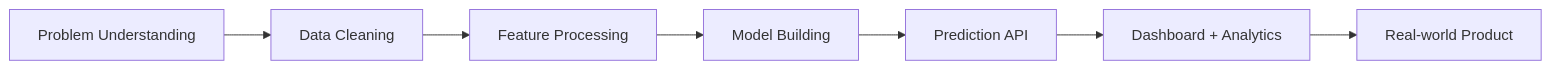
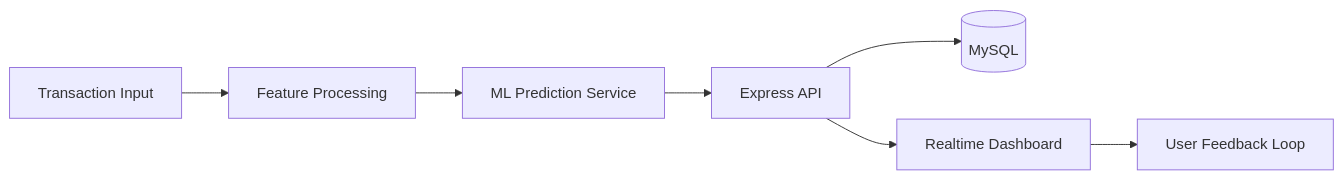
Before and after one commit to siddhi3030/siddhi3030: the first of 2 diagrams in README.md, drawn with Mermaid. The commit also changed other lines of this file, not shown here.

````diff
--- a/README.md
+++ b/README.md
@@ -196,9 +27,9 @@
 ```mermaid
 flowchart LR
-    A[Problem Understanding] --> B[Data Cleaning]
-    B --> C[Feature Processing]
-    C --> D[Model Building]
-    D --> E[Prediction API]
-    E --> F[Dashboard + Analytics]
-    F --> G[Real-world Product]
+    A[Transaction Input] --> B[Feature Processing]
+    B --> C[ML Prediction Service]
+    C --> D[Express API]
+    D --> E[(MySQL)]
+    D --> F[Realtime Dashboard]
+    F --> G[User Feedback Loop]
 ```
````
